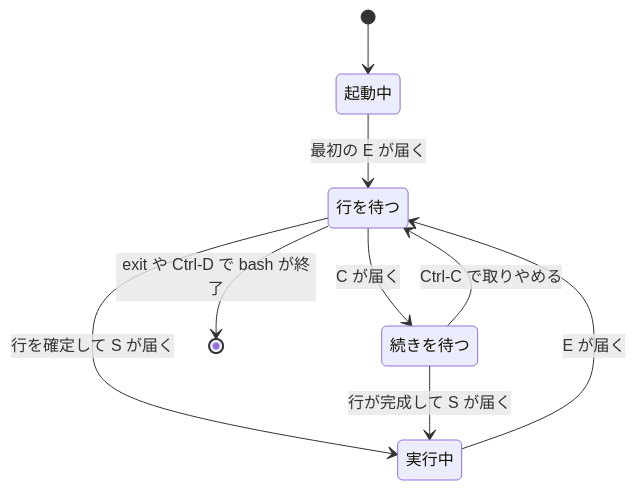
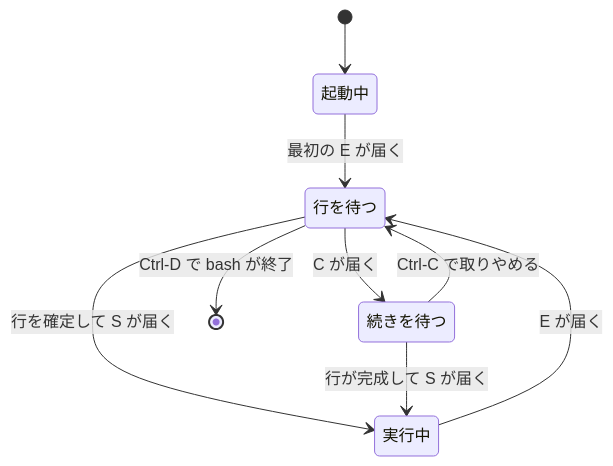
One commit to kasumiyanagita/day-one changed the third of 3 diagrams in docs/shell.md. Above: the diagram before and after it, drawn with Mermaid. The commit also changed other lines of this file and 12 other files, not shown here.

````diff
--- a/docs/shell.md
+++ b/docs/shell.md
@@ -124,11 +124,11 @@
 ```mermaid
 stateDiagram-v2
     [*] --> 起動中
     起動中 --> 行を待つ: 最初の E が届く
     行を待つ --> 実行中: 行を確定して S が届く
     実行中 --> 行を待つ: E が届く
     行を待つ --> 続きを待つ: C が届く
     続きを待つ --> 実行中: 行が完成して S が届く
     続きを待つ --> 行を待つ: Ctrl-C で取りやめる
-    行を待つ --> [*]: exit や Ctrl-D で bash が終了
+    行を待つ --> [*]: Ctrl-D で bash が終了
 ```
````
